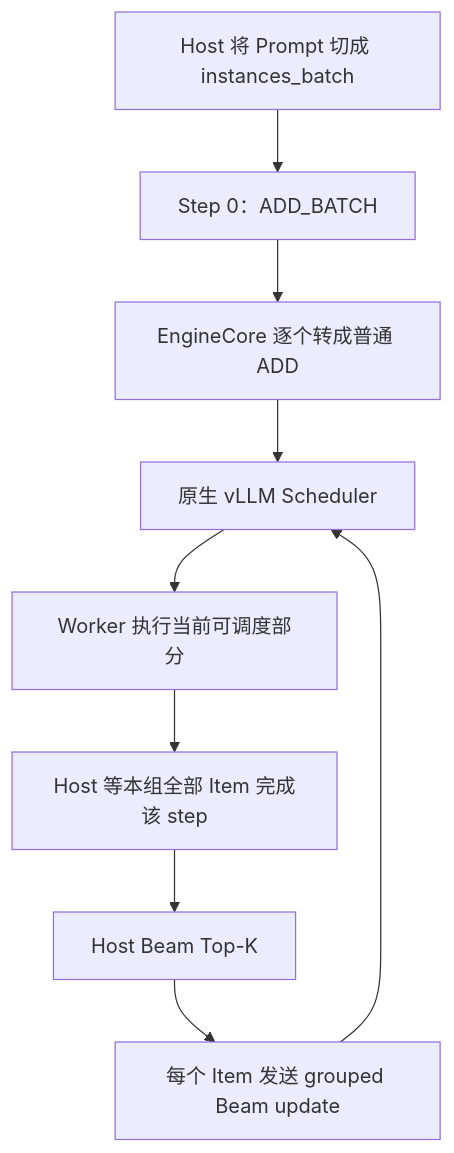
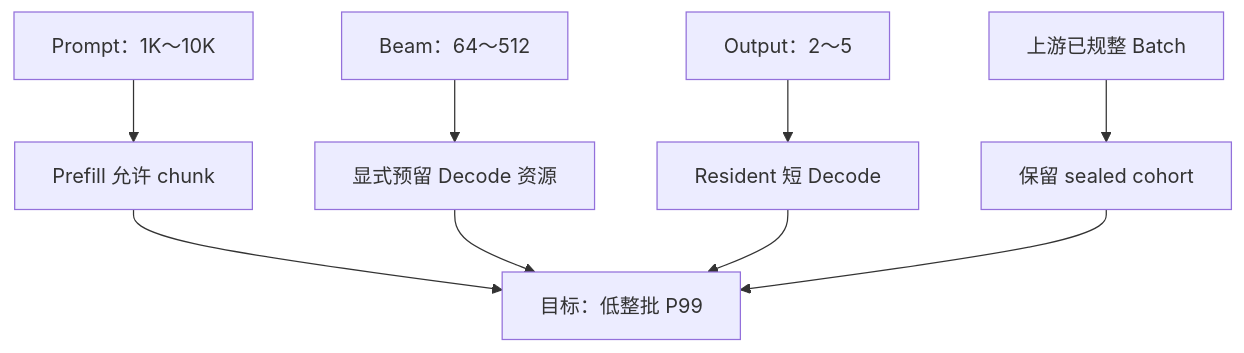
One commit to zhanghanleo10/gr-related changed the sixth of 13 diagrams in GR/nearline_batch_scheduler_and_input_protocol_design.md. Above: the diagram before and after it, drawn with Mermaid. The commit also changed other lines of this file, not shown here.

Commit message:
Reorganize scheduler analysis around vLLM NVIDIA and xLLM

````diff
--- a/GR/nearline_batch_scheduler_and_input_protocol_design.md
+++ b/GR/nearline_batch_scheduler_and_input_protocol_design.md
@@ -337,11 +254,11 @@
 ```mermaid
 flowchart TD
-    H["Host 将 Prompt 切成 instances_batch"] --> A["Step 0：ADD_BATCH"]
-    A --> E["EngineCore 逐个转成普通 ADD"]
-    E --> S["原生 vLLM Scheduler"]
-    S --> W["Worker 执行当前可调度部分"]
-    W --> B["Host 等本组全部 Item 完成该 step"]
-    B --> K["Host Beam Top-K"]
-    K --> U["每个 Item 发送 grouped Beam update"]
-    U --> S
+    L["Prompt：1K～10K"] --> P["Prefill 允许 chunk"]
+    W["Beam：64～512"] --> R["显式预留 Decode 资源"]
+    S["Output：2～5"] --> D["Resident 短 Decode"]
+    B["上游已规整 Batch"] --> C["保留 sealed cohort"]
+    P --> G["目标：低整批 P99"]
+    R --> G
+    D --> G
+    C --> G
 ```
````
